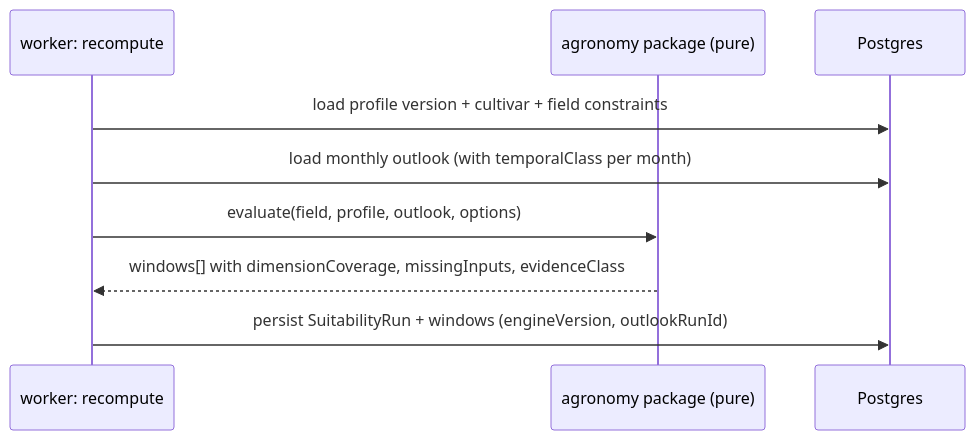
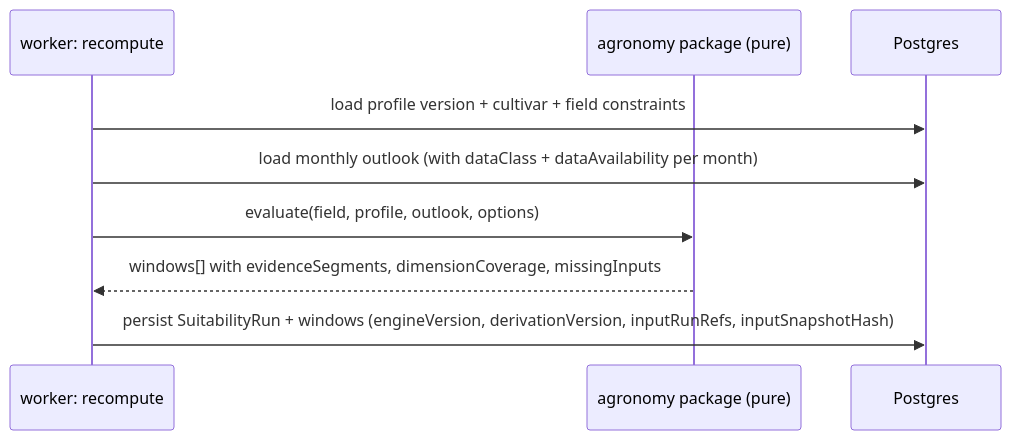
The third of 3 diagrams in docs/architecture/data-flow.md (Akihira77/AgroclimatePlanner), drawn with Mermaid before and after one commit. The commit also changed other lines of this file and 11 other files, not shown here.

First line of the commit message:
docs(phase-1): architecture and evidence contract

````diff
--- a/docs/architecture/data-flow.md
+++ b/docs/architecture/data-flow.md
@@ -72,12 +78,12 @@
 ```mermaid
 sequenceDiagram
   participant ENG as worker: recompute
   participant A as agronomy package (pure)
   participant DB as Postgres
 
   ENG->>DB: load profile version + cultivar + field constraints
-  ENG->>DB: load monthly outlook (with temporalClass per month)
+  ENG->>DB: load monthly outlook (with dataClass + dataAvailability per month)
   ENG->>A: evaluate(field, profile, outlook, options)
-  A-->>ENG: windows[] with dimensionCoverage, missingInputs, evidenceClass
-  ENG->>DB: persist SuitabilityRun + windows (engineVersion, outlookRunId)
+  A-->>ENG: windows[] with evidenceSegments, dimensionCoverage, missingInputs
+  ENG->>DB: persist SuitabilityRun + windows (engineVersion, derivationVersion, inputRunRefs, inputSnapshotHash)
 ```
````
